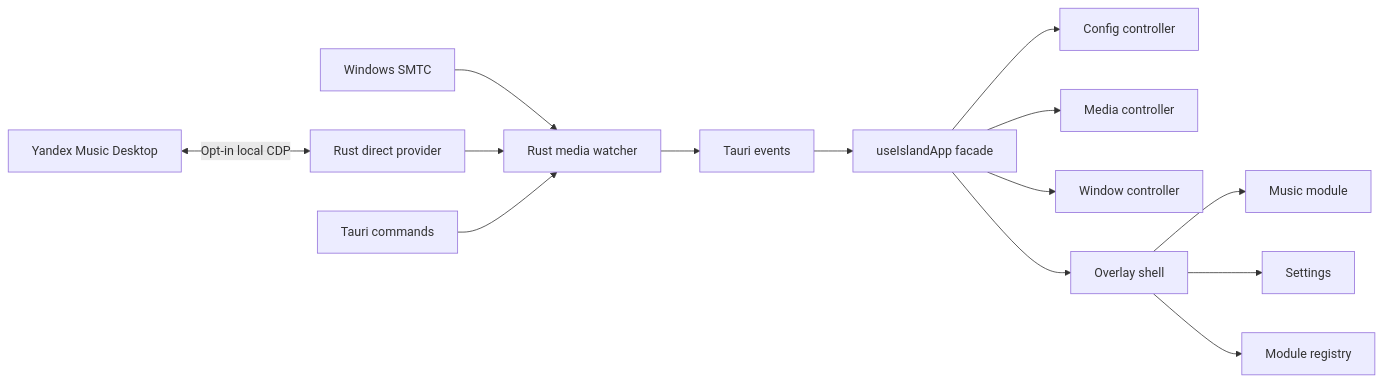
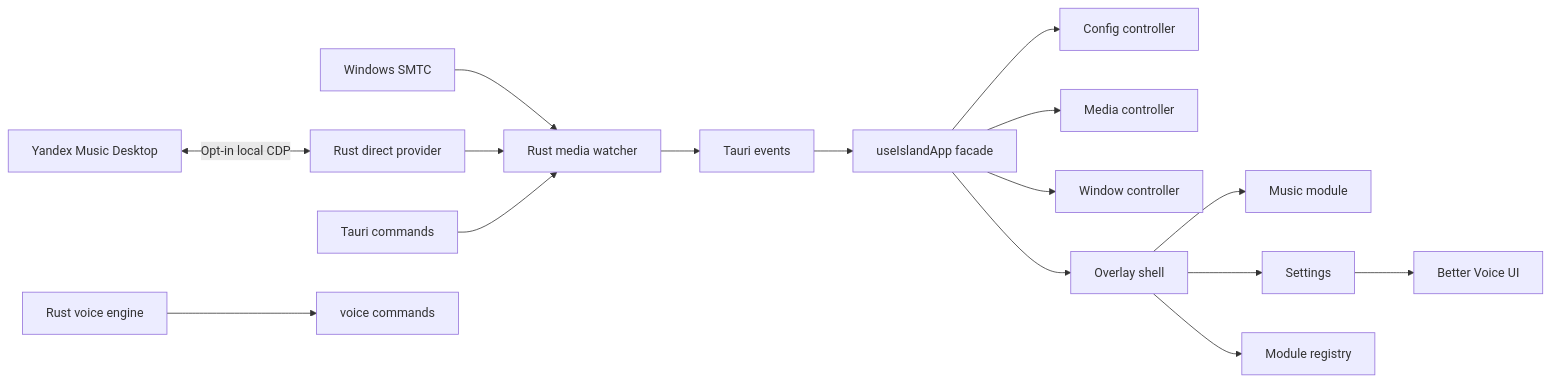
The diagram in docs/ARCHITECTURE.md (redheadesign/music-island), drawn with Mermaid before and after one commit. The commit also changed other lines of this file and 105 other files, not shown here.

````diff
--- a/docs/ARCHITECTURE.md
+++ b/docs/ARCHITECTURE.md
@@ -5,16 +5,18 @@
 ```mermaid
 flowchart LR
   SMTC[Windows SMTC] --> MediaWatcher[Rust media watcher]
   Yandex[Yandex Music Desktop] <-->|Opt-in local CDP| DirectProvider[Rust direct provider]
   DirectProvider --> MediaWatcher
   MediaWatcher --> Events[Tauri events]
   Commands[Tauri commands] --> MediaWatcher
+  VoiceEngine[Rust voice engine] --> VoiceCmds[voice commands]
   Events --> AppFacade[useIslandApp facade]
   AppFacade --> ConfigController[Config controller]
   AppFacade --> MediaController[Media controller]
   AppFacade --> WindowController[Window controller]
   AppFacade --> Overlay[Overlay shell]
   Overlay --> Music[Music module]
   Overlay --> Settings[Settings]
+  Settings --> BetterVoice[Better Voice UI]
   Overlay --> Registry[Module registry]
 ```
````
